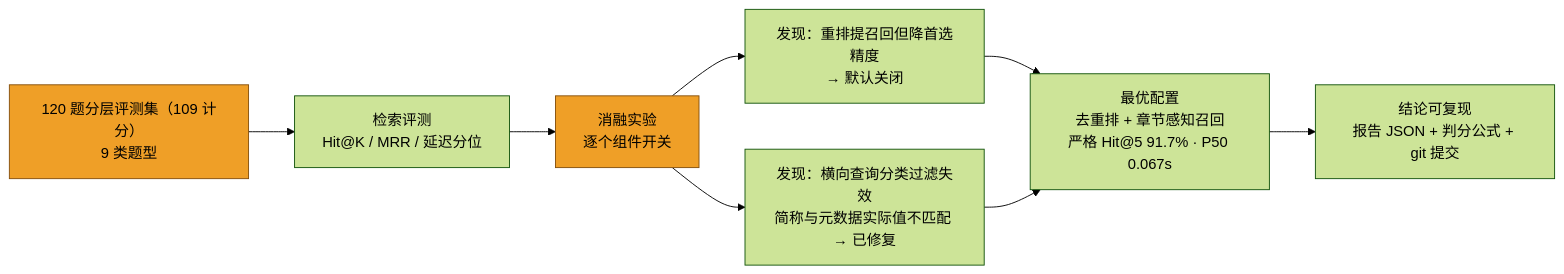
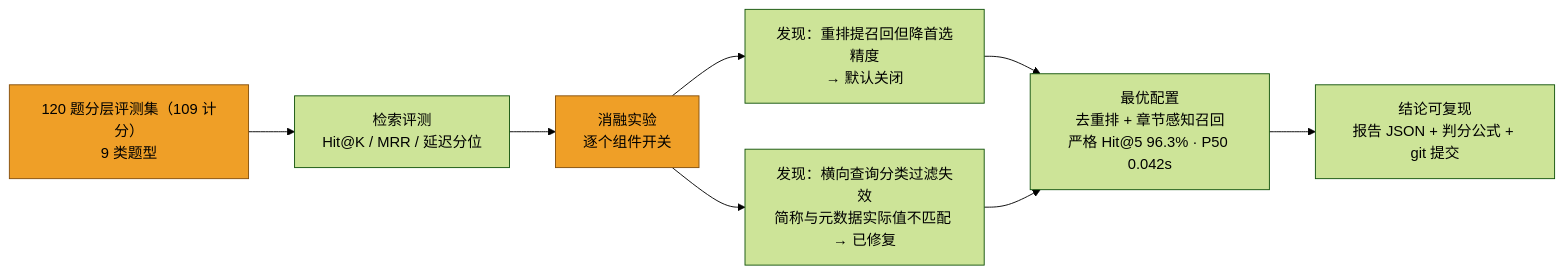
Before and after one commit to qiz7z/RAG-ChineseMedicine-QA: the second of 2 diagrams in README.md, drawn with Mermaid (forest theme). The commit also changed other lines of this file and 28 other files, not shown here.

````diff
--- a/README.md
+++ b/README.md
@@ -56,13 +62,13 @@
 ```mermaid
 flowchart LR
     A["120 题分层评测集（109 计分）<br>9 类题型"] --> B["检索评测<br>Hit@K / MRR / 延迟分位"]
     B --> C["消融实验<br>逐个组件开关"]
     C --> D["发现：重排提召回但降首选精度<br>→ 默认关闭"]
     C --> E["发现：横向查询分类过滤失效<br>简称与元数据实际值不匹配 → 已修复"]
-    D --> F["最优配置<br>去重排 + 章节感知召回<br>严格 Hit@5 91.7% · P50 0.067s"]
+    D --> F["最优配置<br>去重排 + 章节感知召回<br>严格 Hit@5 96.3% · P50 0.042s"]
     E --> F
     F --> G["结论可复现<br>报告 JSON + 判分公式 + git 提交"]
 
     style A fill:#EF9F27,stroke:#854F0B,color:#000
     style C fill:#EF9F27,stroke:#854F0B,color:#000
 ```
````
